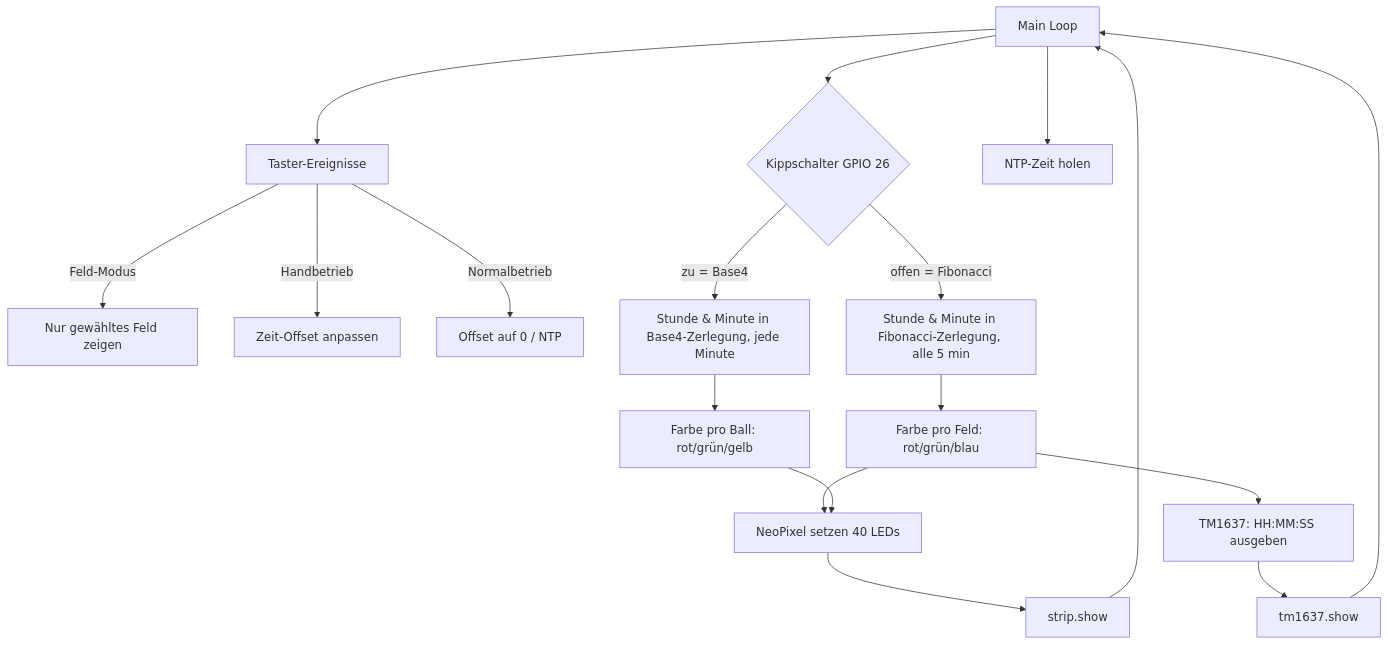
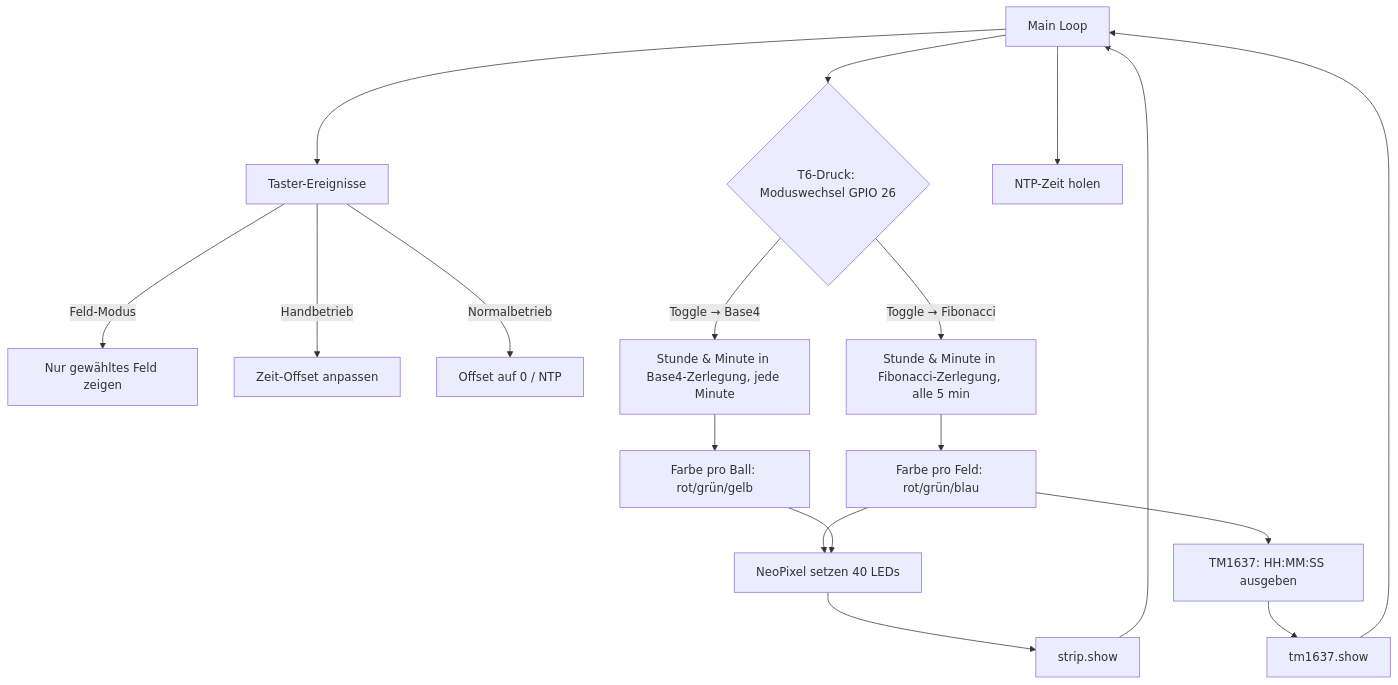
Before and after one commit to Paul-3400/fibonacci-ping-pong-clock: the second of 2 diagrams in docs/Fibonacci_PingPong_Uhr_Bauanleitung.md, drawn with Mermaid. The commit also changed other lines of this file and 1 other file, not shown here.

Commit message:
docs: Modus-Umschalter als 6. Taster (T6) statt Kippschalter (nur Momentary-Taster an Lager; gleiche Verdrahtung GPIO 26 gegen GND, Software-Toggle pro Druck)

````diff
--- a/docs/Fibonacci_PingPong_Uhr_Bauanleitung.md
+++ b/docs/Fibonacci_PingPong_Uhr_Bauanleitung.md
@@ -445,20 +452,20 @@
 ```mermaid
 graph TD
     A[Main Loop] --> T[Taster-Ereignisse]
     T -->|Feld-Modus| F1[Nur gewähltes Feld zeigen]
     T -->|Handbetrieb| O[Zeit-Offset anpassen]
     T -->|Normalbetrieb| R[Offset auf 0 / NTP]
-    A --> SW{Kippschalter GPIO 26}
-    SW -->|offen = Fibonacci| C[Stunde & Minute in Fibonacci-Zerlegung, alle 5 min]
-    SW -->|zu = Base4| B4[Stunde & Minute in Base4-Zerlegung, jede Minute]
+    A --> SW{T6-Druck: Moduswechsel GPIO 26}
+    SW -->|Toggle → Fibonacci| C[Stunde & Minute in Fibonacci-Zerlegung, alle 5 min]
+    SW -->|Toggle → Base4| B4[Stunde & Minute in Base4-Zerlegung, jede Minute]
     C --> D[Farbe pro Feld: rot/grün/blau]
     B4 --> D4[Farbe pro Ball: rot/grün/gelb]
     D --> E[NeoPixel setzen 40 LEDs]
     D4 --> E
     A --> B[NTP-Zeit holen]
     D --> F[TM1637: HH:MM:SS ausgeben]
     E --> G[strip.show]
     F --> H[tm1637.show]
     G --> A
     H --> A
 ```
````
